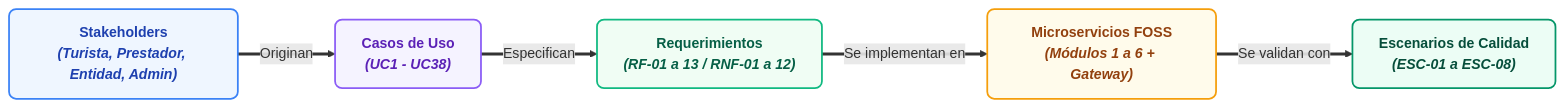
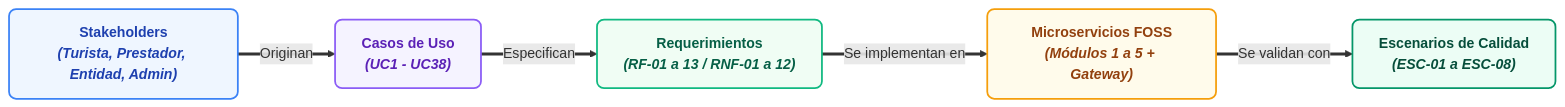
Before and after one commit to luifdo/Tourism: the ninth of 9 diagrams in Documents/Pages/Requirements_docIEEE.md, drawn with Mermaid. The commit also changed other lines of this file and 4 other files, not shown here.

````diff
--- a/Documents/Pages/Requirements_docIEEE.md
+++ b/Documents/Pages/Requirements_docIEEE.md
@@ -973,19 +953,19 @@
 ```mermaid
 flowchart LR
     classDef stStyle fill:#eff6ff,stroke:#3b82f6,stroke-width:2px,color:#1e40af,font-weight:bold,rx:8px,ry:8px;
     classDef ucStyle fill:#f5f3ff,stroke:#8b5cf6,stroke-width:2px,color:#5b21b6,font-weight:bold,rx:8px,ry:8px;
     classDef reqStyle fill:#f0fdf4,stroke:#10b981,stroke-width:2px,color:#065f46,font-weight:bold,rx:8px,ry:8px;
     classDef modStyle fill:#fffbeb,stroke:#f59e0b,stroke-width:2px,color:#92400e,font-weight:bold,rx:8px,ry:8px;
     classDef escStyle fill:#ecfdf5,stroke:#059669,stroke-width:2px,color:#064e3b,font-weight:bold,rx:8px,ry:8px;
 
     ST["Stakeholders<br><i>(Turista, Prestador, Entidad, Admin)</i>"]:::stStyle
     UC["Casos de Uso<br><i>(UC1 - UC38)</i>"]:::ucStyle
     RF["Requerimientos<br><i>(RF-01 a 13 / RNF-01 a 12)</i>"]:::reqStyle
-    MOD["Microservicios FOSS<br><i>(Módulos 1 a 6 + Gateway)</i>"]:::modStyle
+    MOD["Microservicios FOSS<br><i>(Módulos 1 a 5 + Gateway)</i>"]:::modStyle
     ESC["Escenarios de Calidad<br><i>(ESC-01 a ESC-08)</i>"]:::escStyle
 
     ST ==>|Originan| UC
     UC ==>|Especifican| RF
     RF ==>|Se implementan en| MOD
     MOD ==>|Se validan con| ESC
 ```
````
